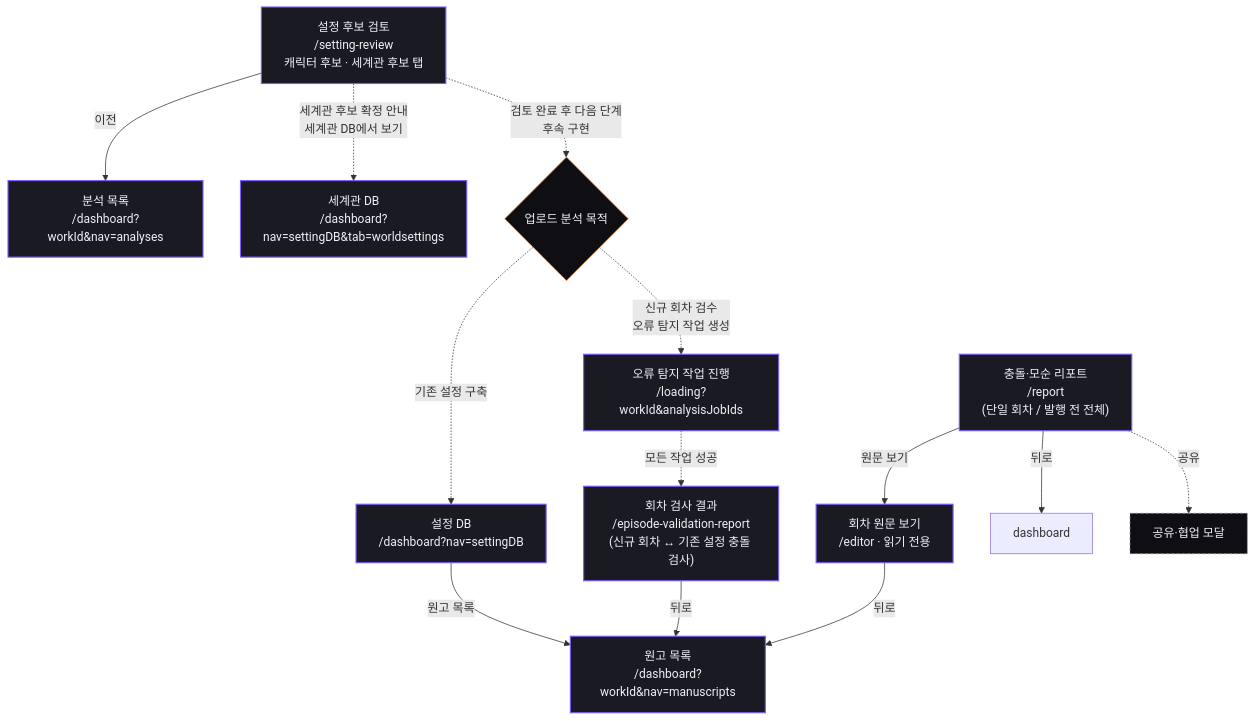
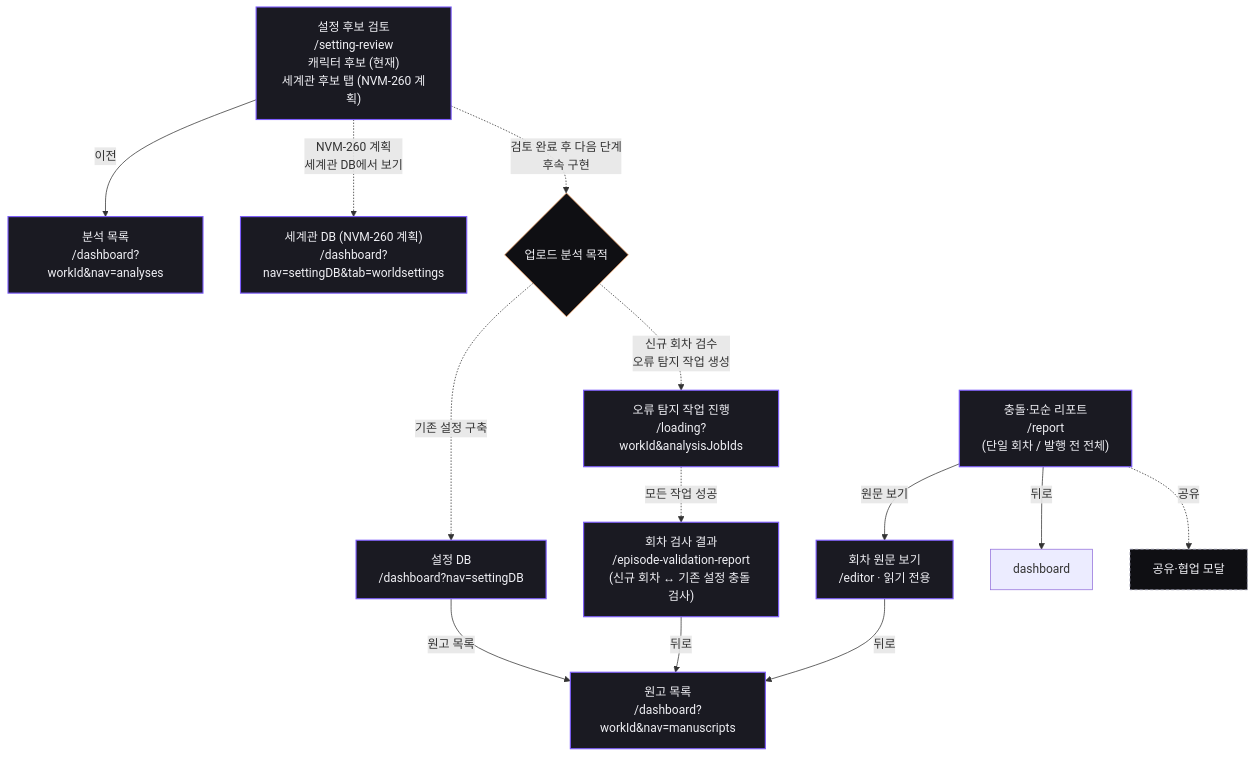
Before and after one commit to catchhole-soma/catchhole-front: the seventh of 7 diagrams in docs/screen-flow.md, drawn with Mermaid. The commit also changed other lines of this file and 5 other files, not shown here.

First line of the commit message:
docs(world-setting): 미구현 경로 상태를 구분한다

````diff
--- a/docs/screen-flow.md
+++ b/docs/screen-flow.md
@@ -408,31 +410,31 @@
 ```mermaid
 flowchart TD
-  review["설정 후보 검토<br/>/setting-review<br/>캐릭터 후보 · 세계관 후보 탭"]:::private
+  review["설정 후보 검토<br/>/setting-review<br/>캐릭터 후보 (현재)<br/>세계관 후보 탭 (NVM-260 계획)"]:::private
   review -- "이전" --> analyses["분석 목록<br/>/dashboard?workId&nav=analyses"]:::private
 
   manuscripts["원고 목록<br/>/dashboard?workId&nav=manuscripts"]:::private
 
   settingDB["설정 DB<br/>/dashboard?nav=settingDB"]:::private
-  worldDB["세계관 DB<br/>/dashboard?nav=settingDB&tab=worldsettings"]:::private
+  worldDB["세계관 DB (NVM-260 계획)<br/>/dashboard?nav=settingDB&tab=worldsettings"]:::private
   purpose{"업로드 분석 목적"}:::decision
   review -. "검토 완료 후 다음 단계<br/>후속 구현" .-> purpose
-  review -. "세계관 후보 확정 안내<br/>세계관 DB에서 보기" .-> worldDB
+  review -. "NVM-260 계획<br/>세계관 DB에서 보기" .-> worldDB
   purpose -. "기존 설정 구축" .-> settingDB
   settingDB -- "원고 목록" --> manuscripts
 
   valreport["회차 검사 결과<br/>/episode-validation-report<br/>(신규 회차 ↔ 기존 설정 충돌 검사)"]:::private
   validation["오류 탐지 작업 진행<br/>/loading?workId&analysisJobIds"]:::private
   purpose -. "신규 회차 검수<br/>오류 탐지 작업 생성" .-> validation
   validation -. "모든 작업 성공" .-> valreport
   valreport -- "뒤로" --> manuscripts
 
   report["충돌·모순 리포트<br/>/report<br/>(단일 회차 / 발행 전 전체)"]:::private
   report -- "원문 보기" --> source["회차 원문 보기<br/>/editor · 읽기 전용"]:::private
   source -- "뒤로" --> manuscripts
   report -- "뒤로" --> dashboard
   report -. "공유" .-> share["공유·협업 모달"]:::modal
 
   classDef private fill:#1A1A22,stroke:#7C5CFC,stroke-width:1.5px,color:#F0F0F5;
   classDef modal fill:#0F0F13,stroke:#9090A8,stroke-dasharray:4 3,color:#F0F0F5;
   classDef decision fill:#0F0F13,stroke:#F4A261,color:#F0F0F5;
 ```
````
